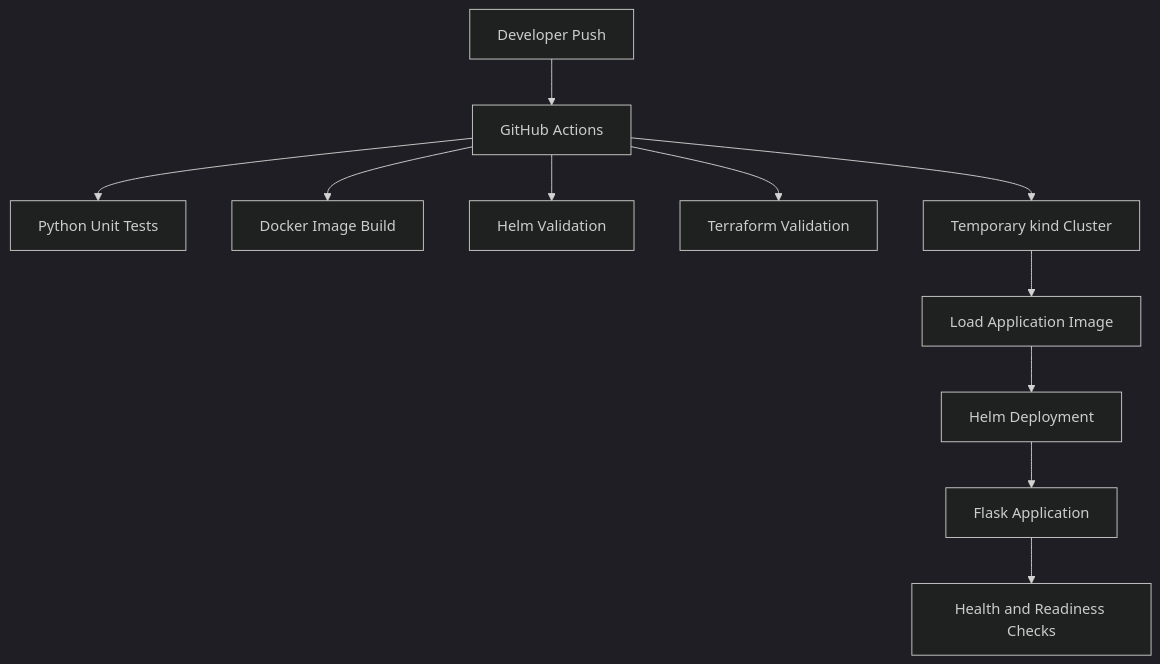
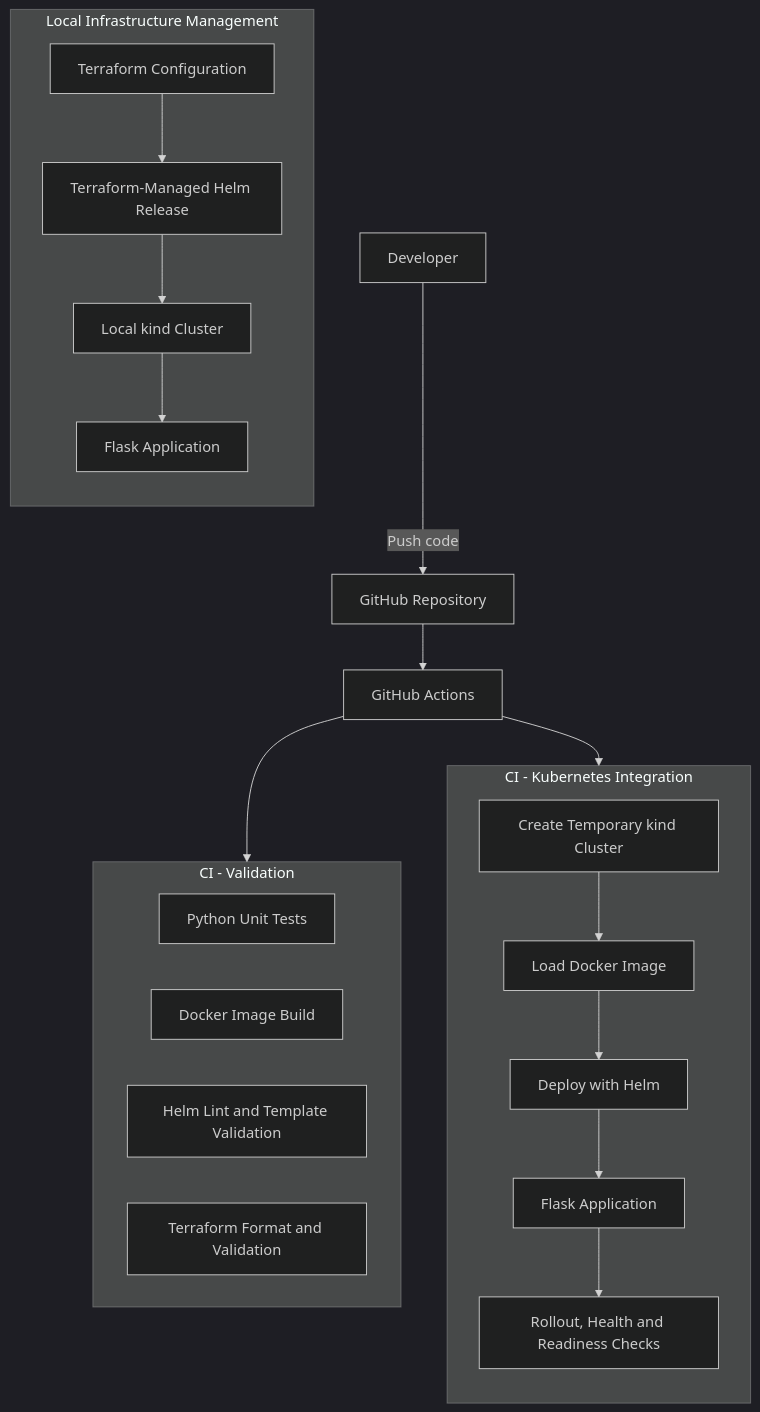
Before and after one commit to vinaykumar0710/iac-kubernetes-platform: the diagram in README.md, drawn with Mermaid (dark theme).

Commit message:
Improve portfolio architecture diagram

````diff
--- a/README.md
+++ b/README.md
@@ -7,15 +7,42 @@
 ```mermaid
-flowchart TD
-    DEV["Developer Push"] --> CI["GitHub Actions"]
+flowchart TB
+    DEV["Developer"] -->|Push code| REPO["GitHub Repository"]
+    REPO --> CI["GitHub Actions"]
 
-    CI --> TEST["Python Unit Tests"]
-    CI --> BUILD["Docker Image Build"]
-    CI --> HELM["Helm Validation"]
-    CI --> TF["Terraform Validation"]
-    CI --> KIND["Temporary kind Cluster"]
+    CI --> VALIDATE
+    CI --> INTEGRATE
 
-    KIND --> IMAGE["Load Application Image"]
-    IMAGE --> DEPLOY["Helm Deployment"]
-    DEPLOY --> APP["Flask Application"]
-    APP --> CHECK["Health and Readiness Checks"]
+    subgraph VALIDATE["CI - Validation"]
+        direction LR
+        TEST["Python Unit Tests"]
+        DOCKER["Docker Image Build"]
+        HELM_CHECK["Helm Lint and Template Validation"]
+        TF_CHECK["Terraform Format and Validation"]
+    end
+
+    subgraph INTEGRATE["CI - Kubernetes Integration"]
+        direction TB
+        KIND_CI["Create Temporary kind Cluster"]
+        LOAD["Load Docker Image"]
+        DEPLOY_CI["Deploy with Helm"]
+        APP_CI["Flask Application"]
+        CHECK["Rollout, Health and Readiness Checks"]
+
+        KIND_CI --> LOAD
+        LOAD --> DEPLOY_CI
+        DEPLOY_CI --> APP_CI
+        APP_CI --> CHECK
+    end
+
+    subgraph LOCAL["Local Infrastructure Management"]
+        direction TB
+        TF["Terraform Configuration"]
+        RELEASE["Terraform-Managed Helm Release"]
+        KIND_LOCAL["Local kind Cluster"]
+        APP_LOCAL["Flask Application"]
+
+        TF --> RELEASE
+        RELEASE --> KIND_LOCAL
+        KIND_LOCAL --> APP_LOCAL
+    end
 ```
````
